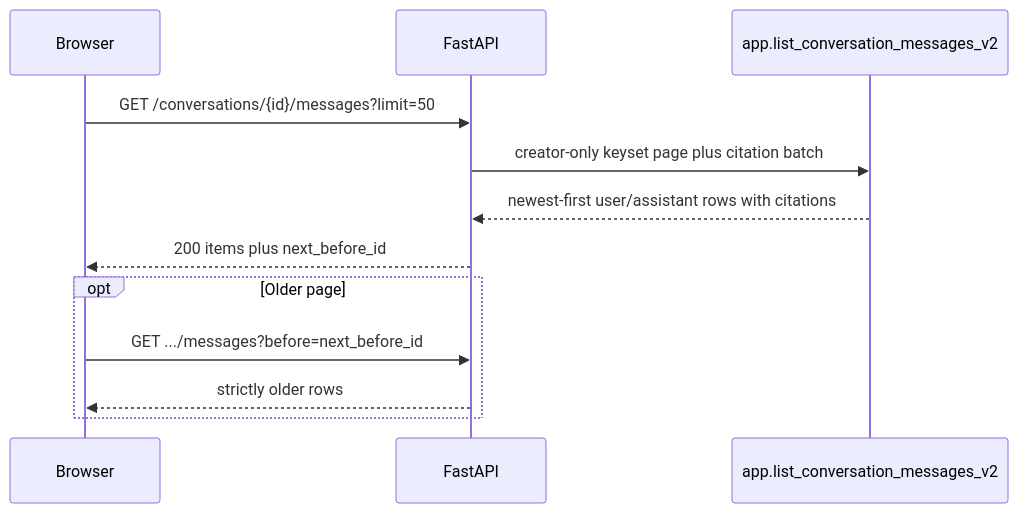
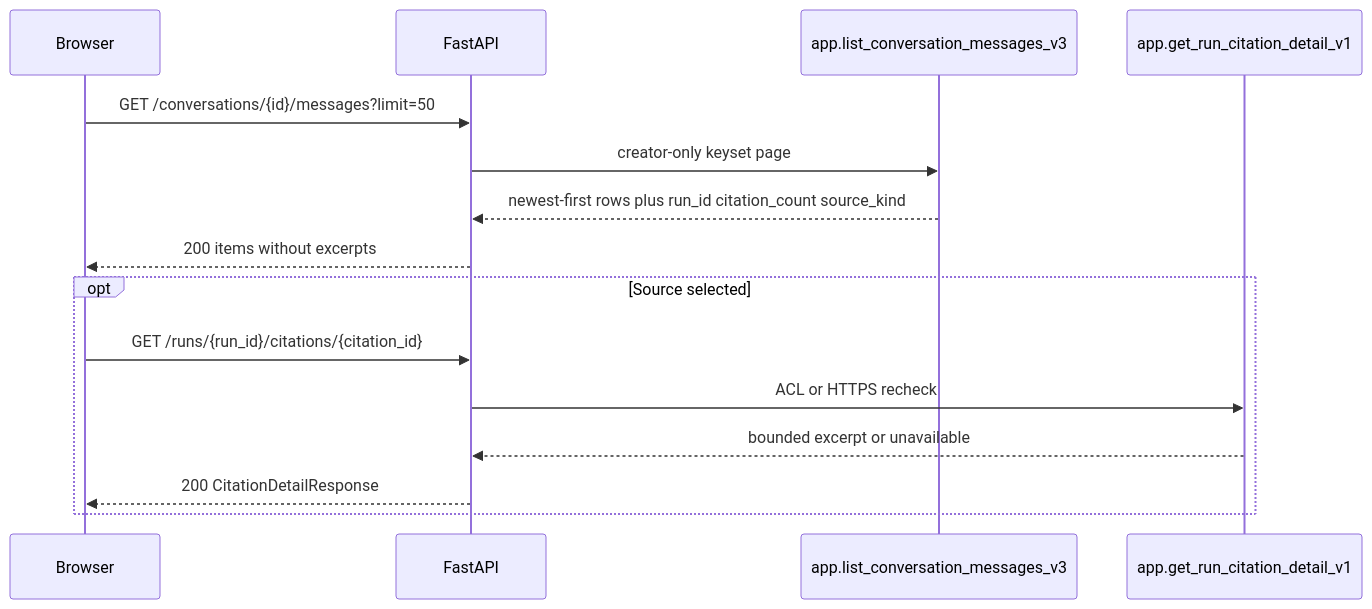
One commit to Nagdy8888/smart-rag changed the second of 2 diagrams in docs/api/FASTAPI_SECURITY.md. Above: the diagram before and after it, drawn with Mermaid. The commit also changed other lines of this file and 29 other files, not shown here.

First line of the commit message:
feat(api): expose run-linked transcript citations

````diff
--- a/docs/api/FASTAPI_SECURITY.md
+++ b/docs/api/FASTAPI_SECURITY.md
@@ -180,14 +185,17 @@
 ```mermaid
 sequenceDiagram
     participant Browser
     participant API as FastAPI
-    participant Rpc as app.list_conversation_messages_v2
+    participant Rpc as app.list_conversation_messages_v3
+    participant Detail as app.get_run_citation_detail_v1
     Browser->>API: GET /conversations/{id}/messages?limit=50
-    API->>Rpc: creator-only keyset page plus citation batch
-    Rpc-->>API: newest-first user/assistant rows with citations
-    API-->>Browser: 200 items plus next_before_id
-    opt Older page
-        Browser->>API: GET .../messages?before=next_before_id
-        API-->>Browser: strictly older rows
+    API->>Rpc: creator-only keyset page
+    Rpc-->>API: newest-first rows plus run_id citation_count source_kind
+    API-->>Browser: 200 items without excerpts
+    opt Source selected
+        Browser->>API: GET /runs/{run_id}/citations/{citation_id}
+        API->>Detail: ACL or HTTPS recheck
+        Detail-->>API: bounded excerpt or unavailable
+        API-->>Browser: 200 CitationDetailResponse
     end
 ```
````
